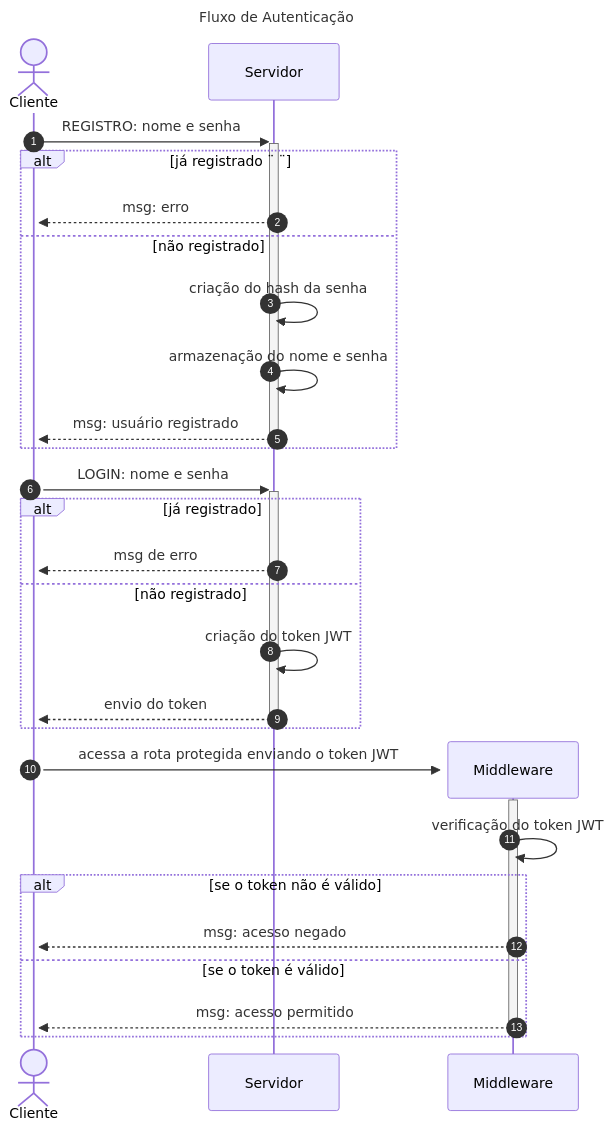
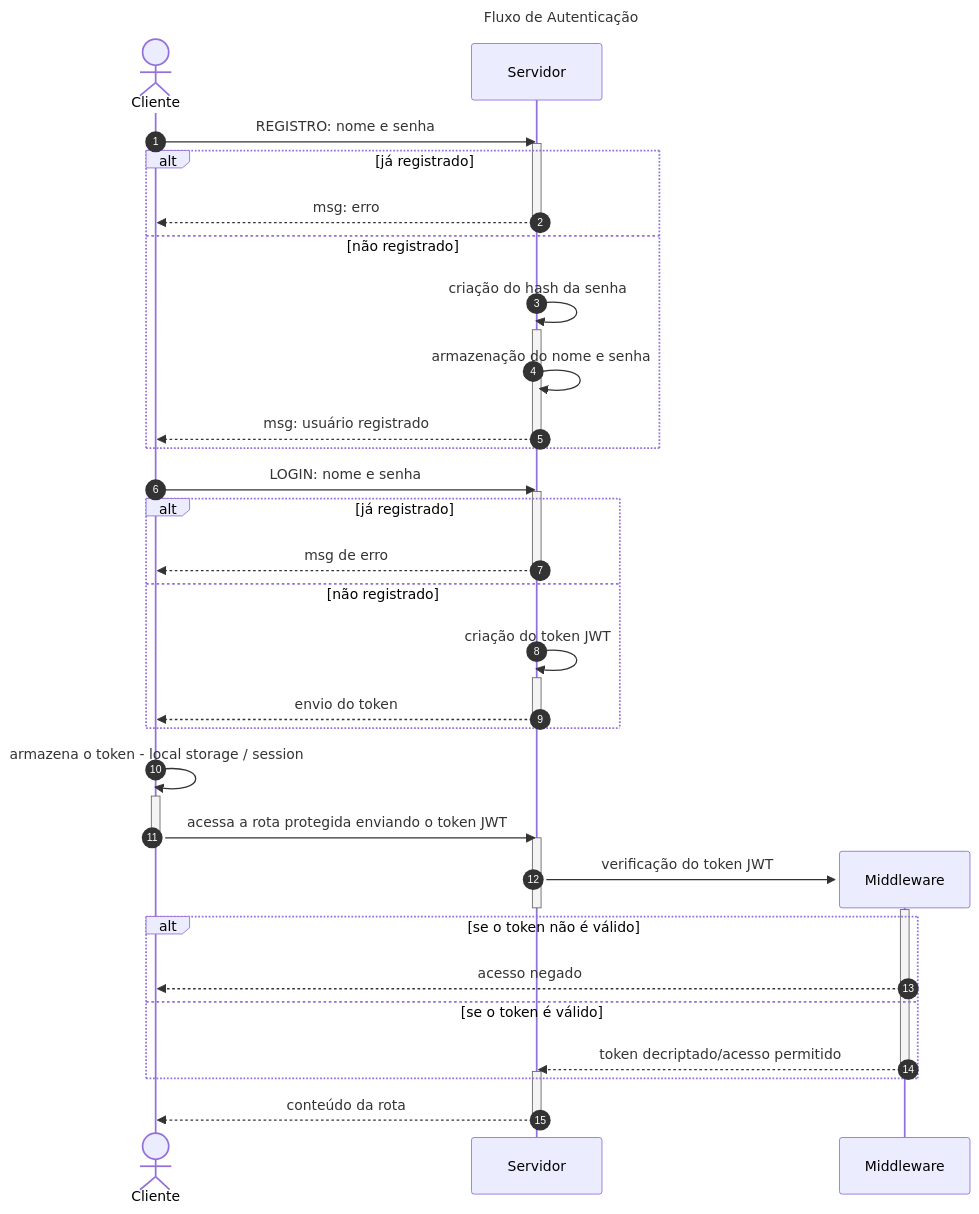
The diagram in README.md (henrygoncalvess/Authentications), drawn with Mermaid before and after one commit.

Commit message:
melhorando fluxo de autenticação

````diff
--- a/README.md
+++ b/README.md
@@ -90,34 +90,53 @@
 ``` mermaid
 ---
 title: Fluxo de Autenticação
 ---
 sequenceDiagram
     autonumber
     actor c as Cliente
     participant s as Servidor
 
-    c ->>+ s: REGISTRO: nome e senha
-    alt já registrado ¨ ¨
-    s -->>+ c: msg: erro
+    c ->> s: REGISTRO: nome e senha
+    activate s
+    alt já registrado
+    s -->> c: msg: erro
+    deactivate s
     else não registrado
     s ->> s: criação do hash da senha
+    activate s
     s ->> s: armazenação do nome e senha
-    s -->>- c: msg: usuário registrado
+    s -->> c: msg: usuário registrado
+    deactivate s
     end
-    c ->>+ s: LOGIN: nome e senha
+    c ->> s: LOGIN: nome e senha
+    activate s
     alt já registrado
     s -->> c: msg de erro
+    deactivate s
     else não registrado
     s ->> s: criação do token JWT
-    s -->>- c: envio do token
+    activate s
+    s -->> c: envio do token
+    deactivate s
     end
-
+    c ->> c: armazena o token - local storage / session
+    activate c
+    c ->> s: acessa a rota protegida enviando o token JWT
+    deactivate c
+    activate s
     create participant m as Middleware
-    c ->>+ m: acessa a rota protegida enviando o token JWT
-    m ->> m: verificação do token JWT
+    s ->> m: verificação do token JWT
+    deactivate s
+    activate m
     alt se o token não é válido
-    m -->> c: msg: acesso negado
+    m -->> c: acesso negado
+    deactivate m
+    activate m
     else se o token é válido
-    m -->>- c: msg: acesso permitido
+    m -->> s: token decriptado/acesso permitido
+    deactivate m
+    activate s
     end
+    s -->> c: conteúdo da rota
+    deactivate s
 ```
````
